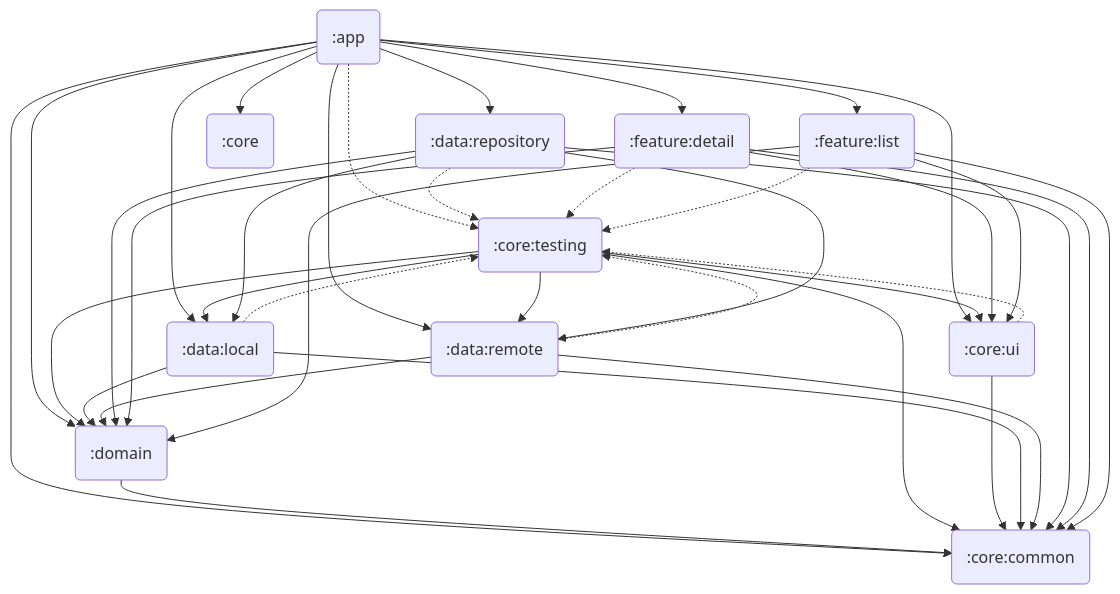
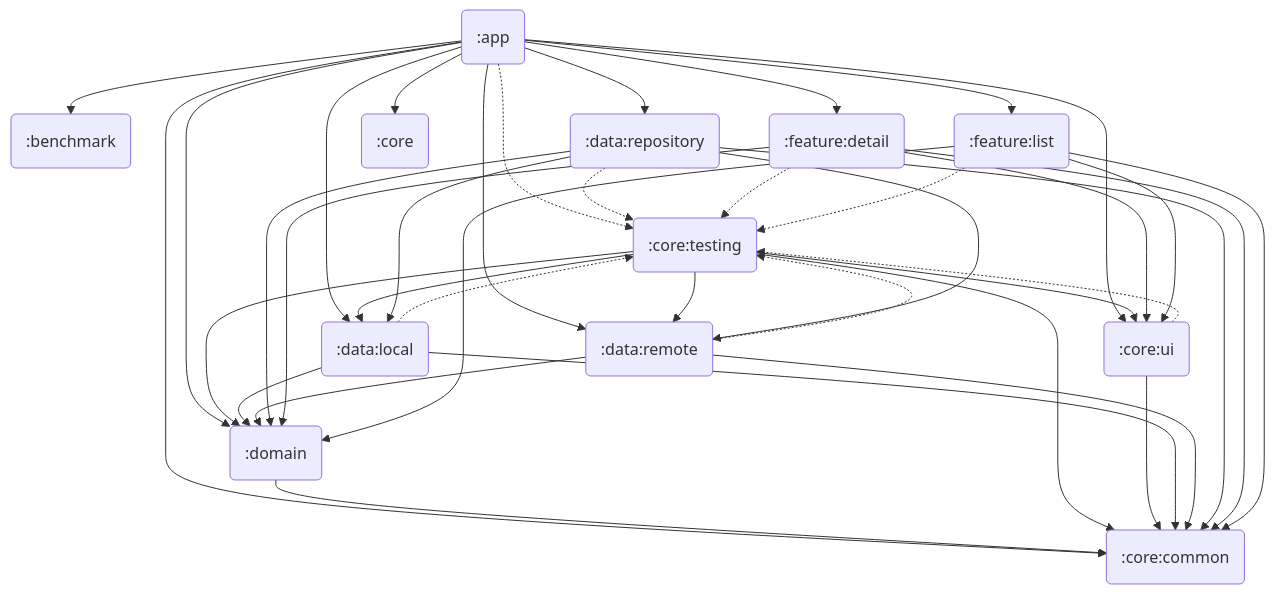
One commit to gustavoknz/Countries changed the diagram in MODULE_GRAPH.md. Above: the diagram before and after it, drawn with Mermaid. The commit also changed 10 other files, not shown here.

````diff
--- a/MODULE_GRAPH.md
+++ b/MODULE_GRAPH.md
@@ -3,40 +3,41 @@
 ```mermaid
 graph TD
   _app(":app") -.-> _core_testing(":core:testing")
+  _app(":app") --> _benchmark(":benchmark")
   _app(":app") --> _feature_detail(":feature:detail")
   _app(":app") --> _feature_list(":feature:list")
   _app(":app") --> _domain(":domain")
   _app(":app") --> _data_local(":data:local")
   _app(":app") --> _data_remote(":data:remote")
   _app(":app") --> _data_repository(":data:repository")
   _app(":app") --> _core_common(":core:common")
   _app(":app") --> _core_ui(":core:ui")
   _app(":app") --> _core(":core")
   _domain(":domain") --> _core_common(":core:common")
   _core_testing(":core:testing") --> _domain(":domain")
   _core_testing(":core:testing") --> _data_remote(":data:remote")
   _core_testing(":core:testing") --> _data_local(":data:local")
   _core_testing(":core:testing") --> _core_common(":core:common")
   _core_testing(":core:testing") --> _core_ui(":core:ui")
   _core_ui(":core:ui") --> _core_common(":core:common")
   _core_ui(":core:ui") -.-> _core_testing(":core:testing")
   _data_local(":data:local") --> _domain(":domain")
   _data_local(":data:local") --> _core_common(":core:common")
   _data_local(":data:local") -.-> _core_testing(":core:testing")
   _data_remote(":data:remote") --> _domain(":domain")
   _data_remote(":data:remote") --> _core_common(":core:common")
   _data_remote(":data:remote") -.-> _core_testing(":core:testing")
   _data_repository(":data:repository") --> _domain(":domain")
   _data_repository(":data:repository") --> _data_local(":data:local")
   _data_repository(":data:repository") --> _data_remote(":data:remote")
   _data_repository(":data:repository") --> _core_common(":core:common")
   _data_repository(":data:repository") -.-> _core_testing(":core:testing")
   _feature_detail(":feature:detail") -.-> _core_testing(":core:testing")
   _feature_detail(":feature:detail") --> _domain(":domain")
   _feature_detail(":feature:detail") --> _core_ui(":core:ui")
   _feature_detail(":feature:detail") --> _core_common(":core:common")
   _feature_list(":feature:list") -.-> _core_testing(":core:testing")
   _feature_list(":feature:list") --> _domain(":domain")
   _feature_list(":feature:list") --> _core_common(":core:common")
   _feature_list(":feature:list") --> _core_ui(":core:ui")
 ```
````
